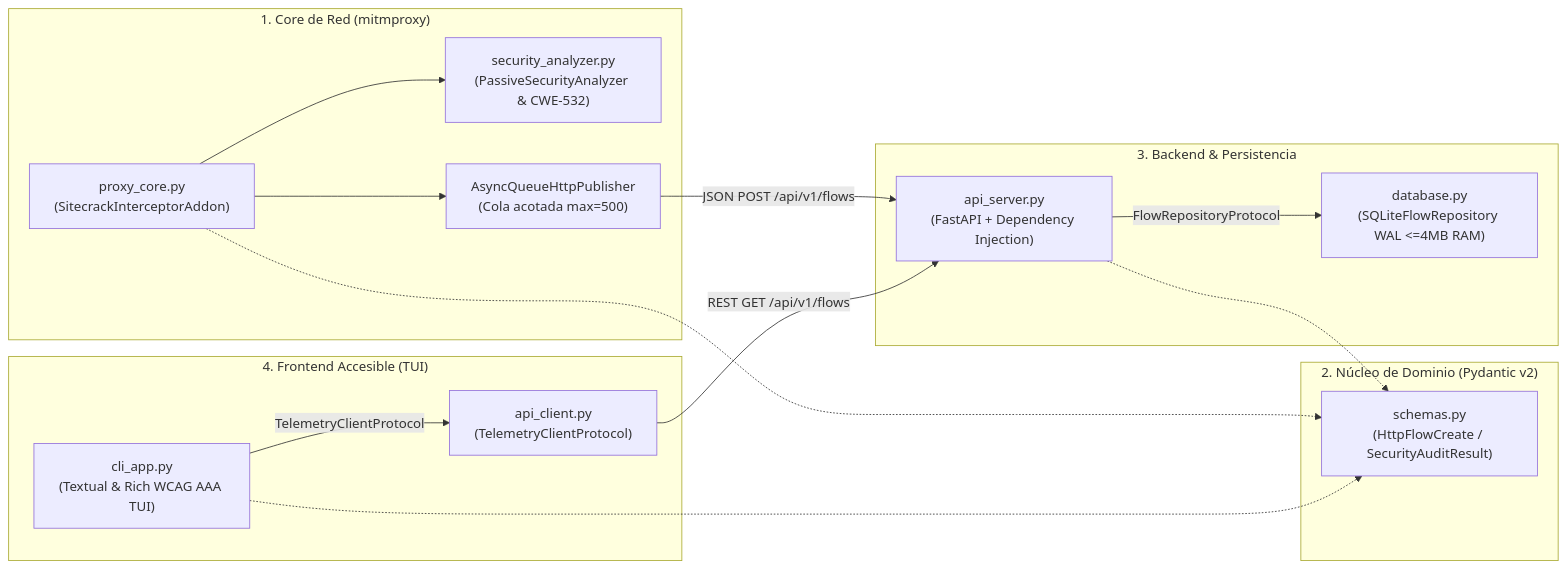
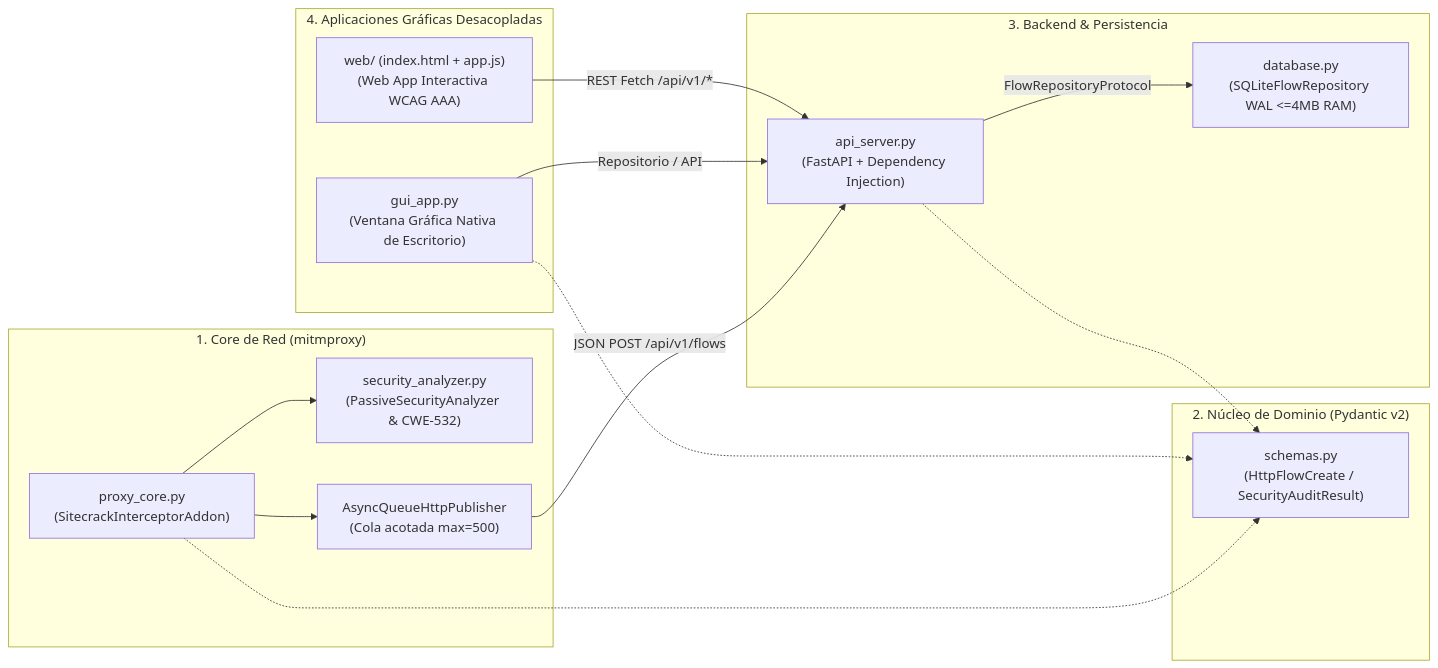
One commit to Kekkan74/Sitecrack changed the diagram in README.md. Above: the diagram before and after it, drawn with Mermaid. The commit also changed other lines of this file and 8 other files, not shown here.

Commit message:
feat(ui): add native Desktop GUI app and interactive accessible Web App interface

````diff
--- a/README.md
+++ b/README.md
@@ -61,32 +54,32 @@
 ```mermaid
 flowchart LR
     subgraph Net["1. Core de Red (mitmproxy)"]
         P1["proxy_core.py\n(SitecrackInterceptorAddon)"]
         P2["security_analyzer.py\n(PassiveSecurityAnalyzer & CWE-532)"]
         P3["AsyncQueueHttpPublisher\n(Cola acotada max=500)"]
     end
 
     subgraph Domain["2. Núcleo de Dominio (Pydantic v2)"]
         D1["schemas.py\n(HttpFlowCreate / SecurityAuditResult)"]
     end
 
     subgraph API["3. Backend & Persistencia"]
         A1["api_server.py\n(FastAPI + Dependency Injection)"]
         A2["database.py\n(SQLiteFlowRepository WAL <=4MB RAM)"]
     end
 
-    subgraph UI["4. Frontend Accesible (TUI)"]
-        U1["api_client.py\n(TelemetryClientProtocol)"]
-        U2["cli_app.py\n(Textual & Rich WCAG AAA TUI)"]
+    subgraph UI["4. Aplicaciones Gráficas Desacopladas"]
+        U1["gui_app.py\n(Ventana Gráfica Nativa de Escritorio)"]
+        U2["web/ (index.html + app.js)\n(Web App Interactiva WCAG AAA)"]
     end
 
     P1 --> P2
     P1 --> P3
     P3 -->|"JSON POST /api/v1/flows"| A1
     A1 -->|"FlowRepositoryProtocol"| A2
-    U2 -->|"TelemetryClientProtocol"| U1
-    U1 -->|"REST GET /api/v1/flows"| A1
+    U1 -->|"Repositorio / API"| A1
+    U2 -->|"REST Fetch /api/v1/*"| A1
     P1 -.-> D1
     A1 -.-> D1
-    U2 -.-> D1
+    U1 -.-> D1
 ```
````
